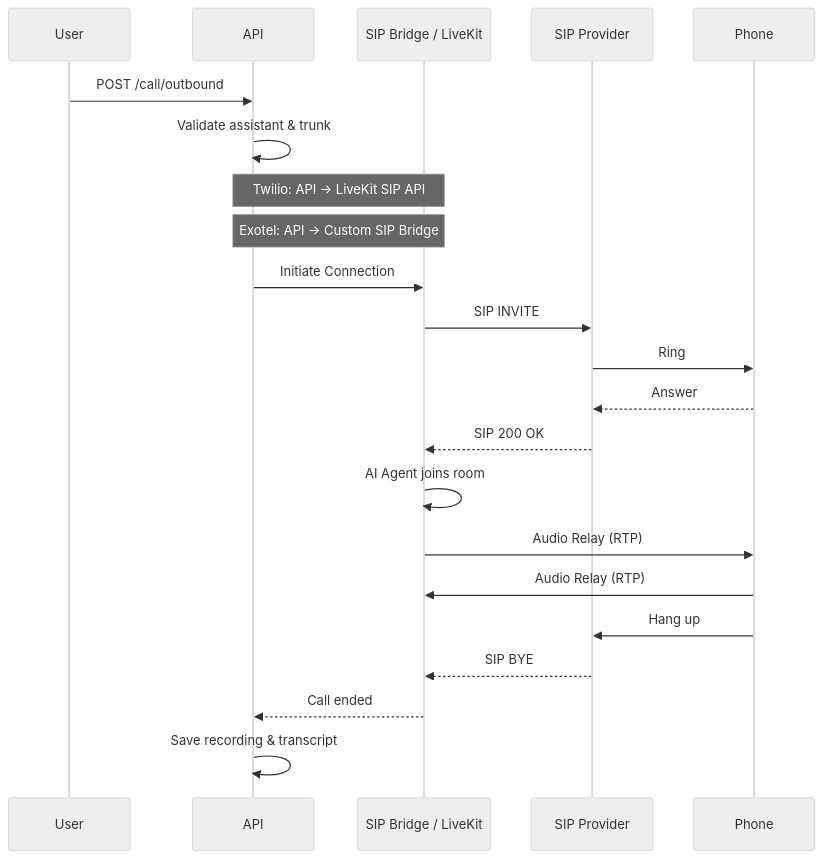
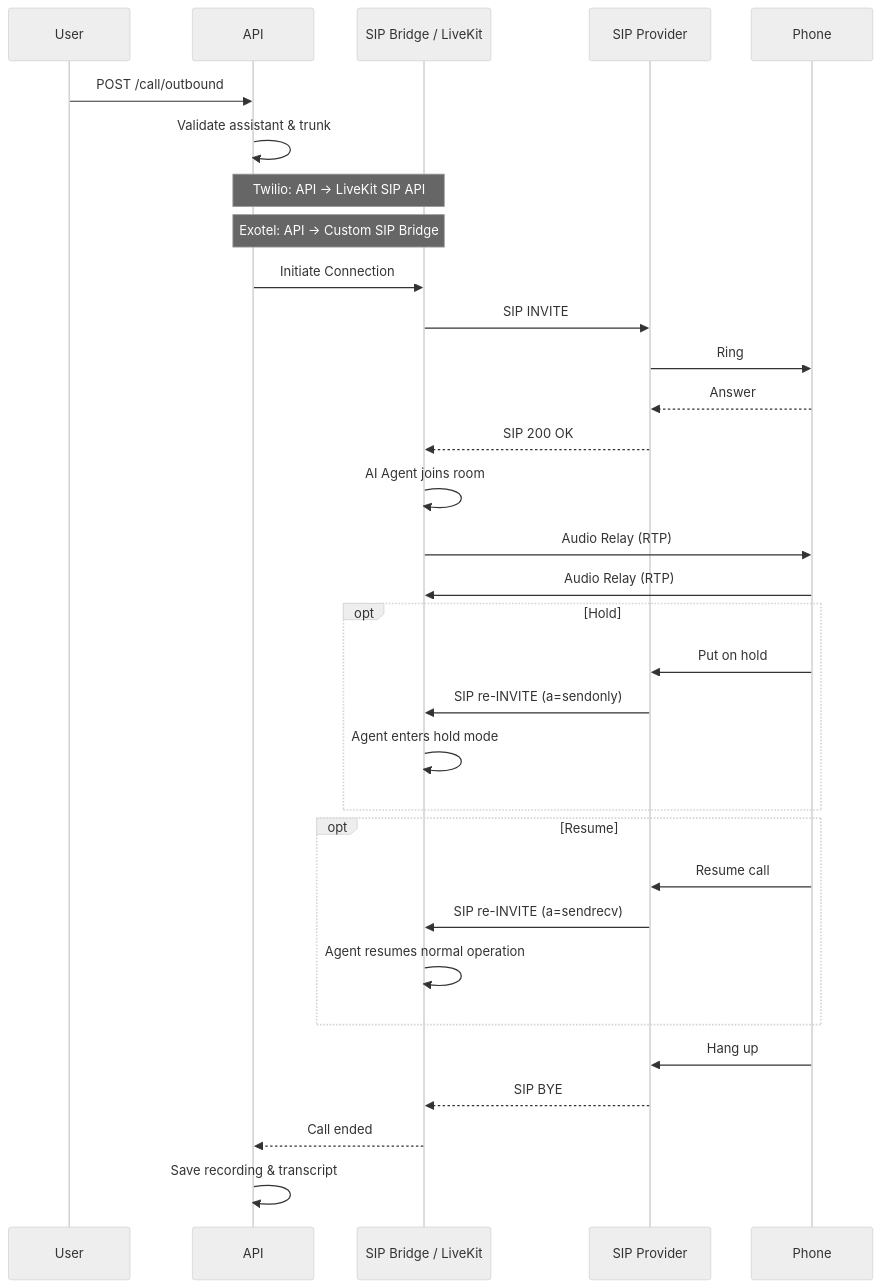
The second of 2 diagrams in docs/api/calls/flow.md (ShubhamX-AI/api_livekit), drawn with Mermaid (neutral theme) before and after one commit. The commit also changed other lines of this file and 7 other files, not shown here.

````diff
--- a/docs/api/calls/flow.md
+++ b/docs/api/calls/flow.md
@@ -70,25 +81,35 @@
 ```mermaid
 sequenceDiagram
     participant User
     participant API
     participant Bridge as SIP Bridge / LiveKit
     participant Provider as SIP Provider
     participant Phone
 
     User->>API: POST /call/outbound
     API->>API: Validate assistant & trunk
     Note over API,Bridge: Twilio: API -> LiveKit SIP API
     Note over API,Bridge: Exotel: API -> Custom SIP Bridge
     API->>Bridge: Initiate Connection
     Bridge->>Provider: SIP INVITE
     Provider->>Phone: Ring
     Phone-->>Provider: Answer
     Provider-->>Bridge: SIP 200 OK
     Bridge->>Bridge: AI Agent joins room
     Bridge->>Phone: Audio Relay (RTP)
     Phone->>Bridge: Audio Relay (RTP)
+    opt Hold
+        Phone->>Provider: Put on hold
+        Provider->>Bridge: SIP re-INVITE (a=sendonly)
+        Bridge->>Bridge: Agent enters hold mode
+    end
+    opt Resume
+        Phone->>Provider: Resume call
+        Provider->>Bridge: SIP re-INVITE (a=sendrecv)
+        Bridge->>Bridge: Agent resumes normal operation
+    end
     Phone->>Provider: Hang up
     Provider-->>Bridge: SIP BYE
     Bridge-->>API: Call ended
     API->>API: Save recording & transcript
 ```
````
